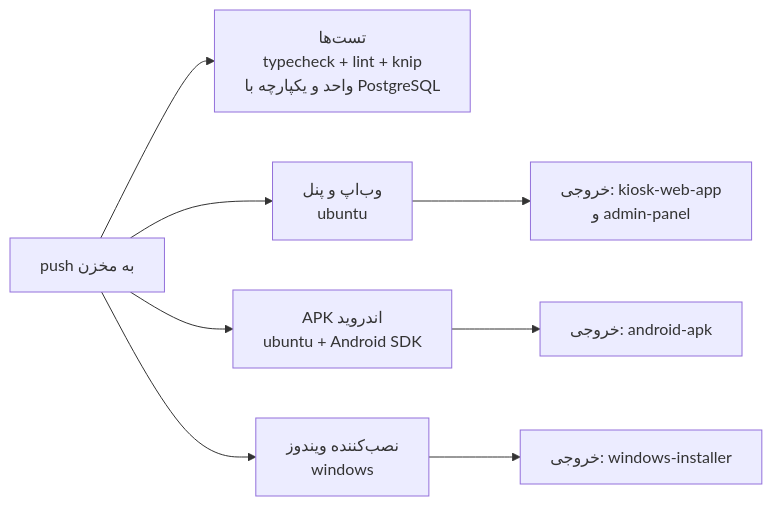
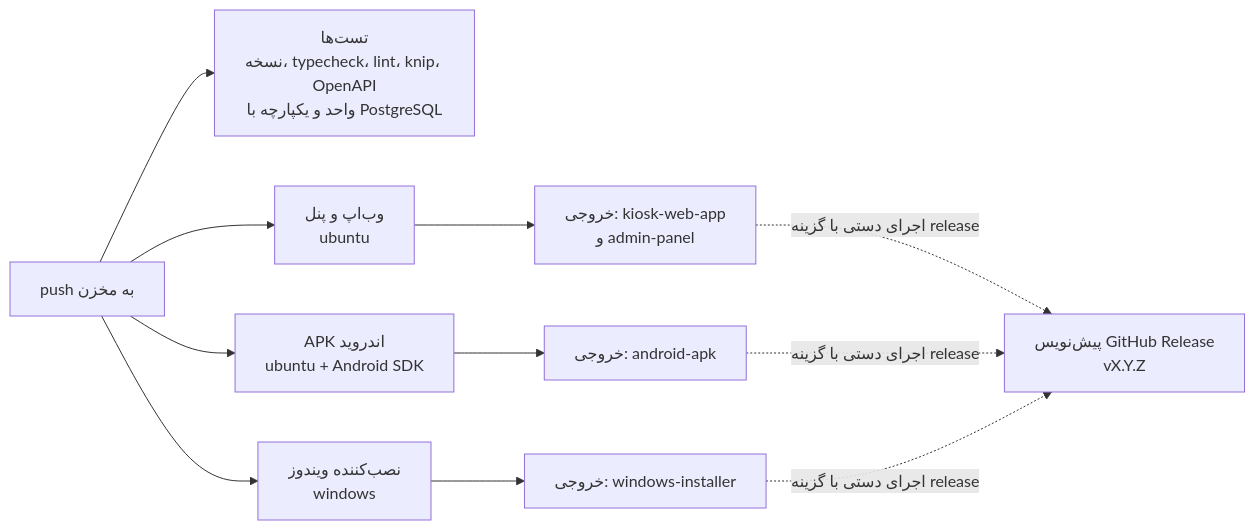
Before and after one commit to daneshavaran123-lab/andishkadeh: the tenth of 10 diagrams in README.md, drawn with Mermaid. The commit also changed other lines of this file and 18 other files, not shown here.

First line of the commit message:
release: 1.2.5 — one product version, draft GitHub Release from CI

````diff
--- a/README.md
+++ b/README.md
@@ -524,10 +525,11 @@
 ```mermaid
 flowchart LR
-  PUSH["push به مخزن"] --> T["تست‌ها<br/>typecheck + lint + knip<br/>واحد و یکپارچه با PostgreSQL"]
+  PUSH["push به مخزن"] --> T["تست‌ها<br/>نسخه، typecheck، lint، knip، OpenAPI<br/>واحد و یکپارچه با PostgreSQL"]
   PUSH --> WEB["وب‌اپ و پنل<br/>ubuntu"]
   PUSH --> AND["APK اندروید<br/>ubuntu + Android SDK"]
   PUSH --> WIN["نصب‌کننده ویندوز<br/>windows"]
   WEB --> A1["خروجی: kiosk-web-app<br/>و admin-panel"]
   AND --> A2["خروجی: android-apk"]
   WIN --> A3["خروجی: windows-installer"]
+  A1 & A2 & A3 -.->|"اجرای دستی با گزینه release"| REL["پیش‌نویس GitHub Release<br/>vX.Y.Z"]
 ```
````
